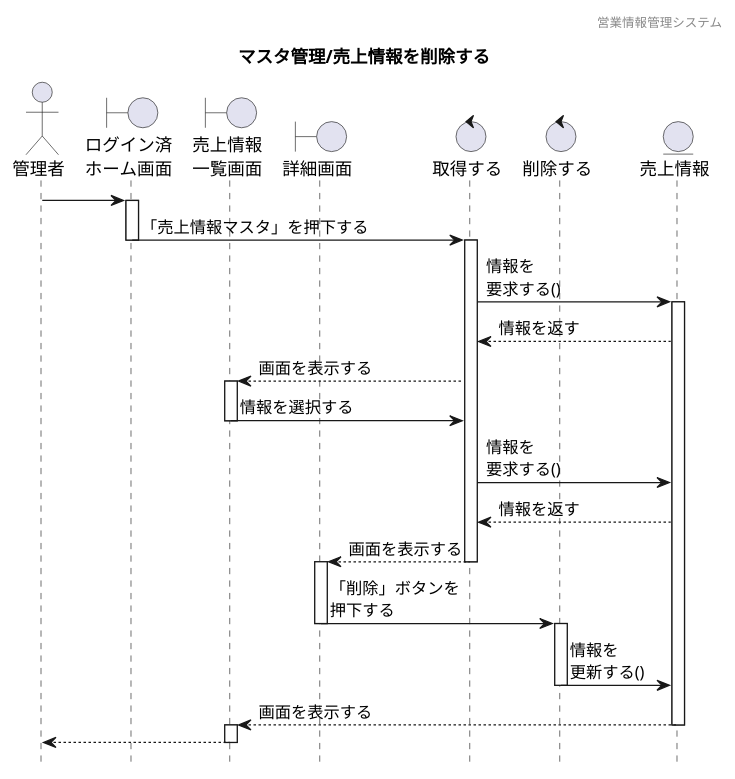
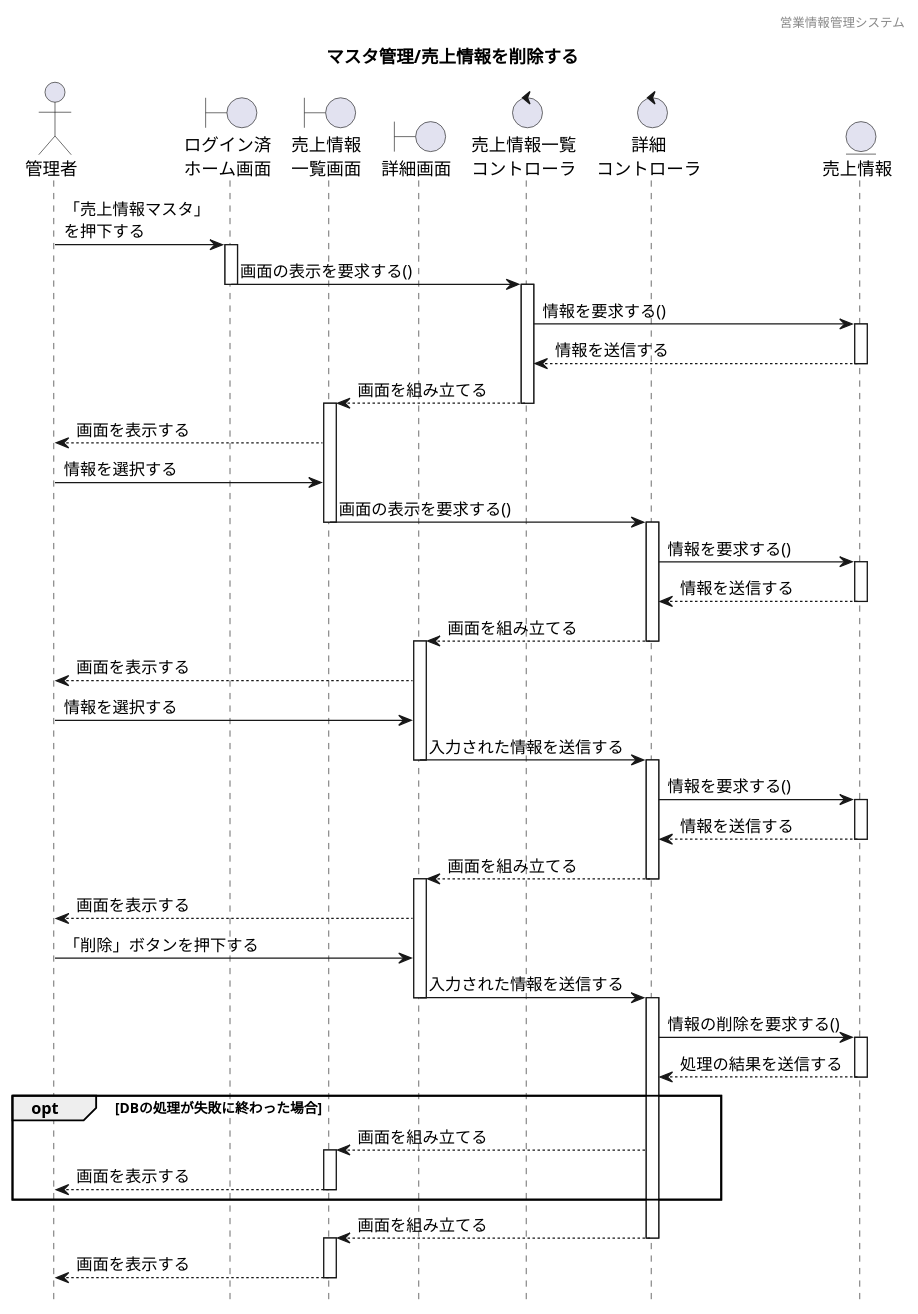
Before and after one commit to HaruShim/Sotuken: the diagram in 各種設計書/4シーケンス図/マスタ管理/6.売上情報マスタ/売上情報管理_削除.plantuml, drawn with PlantUML. The commit also changed 2 other files, not shown here.

```diff
--- a/各種設計書/4シーケンス図/マスタ管理/6.売上情報マスタ/売上情報管理_削除.plantuml
+++ b/各種設計書/4シーケンス図/マスタ管理/6.売上情報マスタ/売上情報管理_削除.plantuml
@@ -1,49 +1,81 @@
 @startuml sequence
 
 hide footbox
 header 営業情報管理システム
 title マスタ管理/売上情報を削除する
 
 ' actor "" as a
 actor "管理者" as a1
 
 ' boundary "" as b
 boundary "ログイン済\nホーム画面" as b1
 boundary "売上情報\n一覧画面" as b2
 boundary "詳細画面" as b3
 
 ' control "" as c
-control "取得する" as c1
-control "削除する" as c2
+control "売上情報一覧\nコントローラ" as c1
+control "詳細\nコントローラ" as c2
 
 ' entity "" as e
 entity "売上情報" as e1
 
-a1 -> b1
+a1 -> b1:「売上情報マスタ」\nを押下する
 activate b1
-b1 -> c1:「売上情報マスタ」を押下する
+b1 -> c1:画面の表示を要求する()
 deactivate b1
 activate c1
-c1 -> e1:情報を\n要求する()
+c1 -> e1 : 情報を要求する()
 activate e1
-e1 --> c1:情報を返す
-c1 --> b2:画面を表示する
+e1 --> c1 : 情報を送信する
+deactivate e1
+c1 --> b2: 画面を組み立てる
+deactivate c1
 activate b2
-b2 -> c1:情報を選択する
+b2 --> a1 : 画面を表示する
+a1 -> b2 : 情報を選択する
+b2 -> c2 : 画面の表示を要求する()
 deactivate b2
-c1 -> e1:情報を\n要求する()
-e1 --> c1:情報を返す
-c1 --> b3:画面を表示する
-deactivate c1
+activate c2
+c2 -> e1 : 情報を要求する()
+activate e1
+e1 --> c2 : 情報を送信する
+deactivate e1
+c2 --> b3 : 画面を組み立てる
+deactivate c2
 activate b3
-b3 -> c2:「削除」ボタンを\n押下する
+b3 --> a1 : 画面を表示する
+a1 -> b3 : 情報を選択する
+b3 -> c2 : 入力された情報を送信する
 deactivate b3
 activate c2
-c2 -> e1:情報を\n更新する()
+c2 -> e1 : 情報を要求する()
+activate e1
+e1 --> c2 : 情報を送信する
+deactivate e1
+c2 --> b3 : 画面を組み立てる
 deactivate c2
-e1 --> b2:画面を表示する
+activate b3
+b3 --> a1 : 画面を表示する
+a1 -> b3 : 「削除」ボタンを押下する
+b3 -> c2 : 入力された情報を送信する
+deactivate b3
+activate c2
+c2 -> e1 : 情報の削除を要求する()
+activate e1
+e1 --> c2 : 処理の結果を送信する
 deactivate e1
+opt DBの処理が失敗に終わった場合
+c2 --> b2 : 画面を組み立てる
+
 activate b2
-b2 --> a1
+b2 --> a1 : 画面を表示する
 deactivate b2
+end
+c2 --> b2 : 画面を組み立てる
+deactivate c2
+activate b2
+b2 --> a1 : 画面を表示する
+deactivate b2
+
+
 @enduml
```
